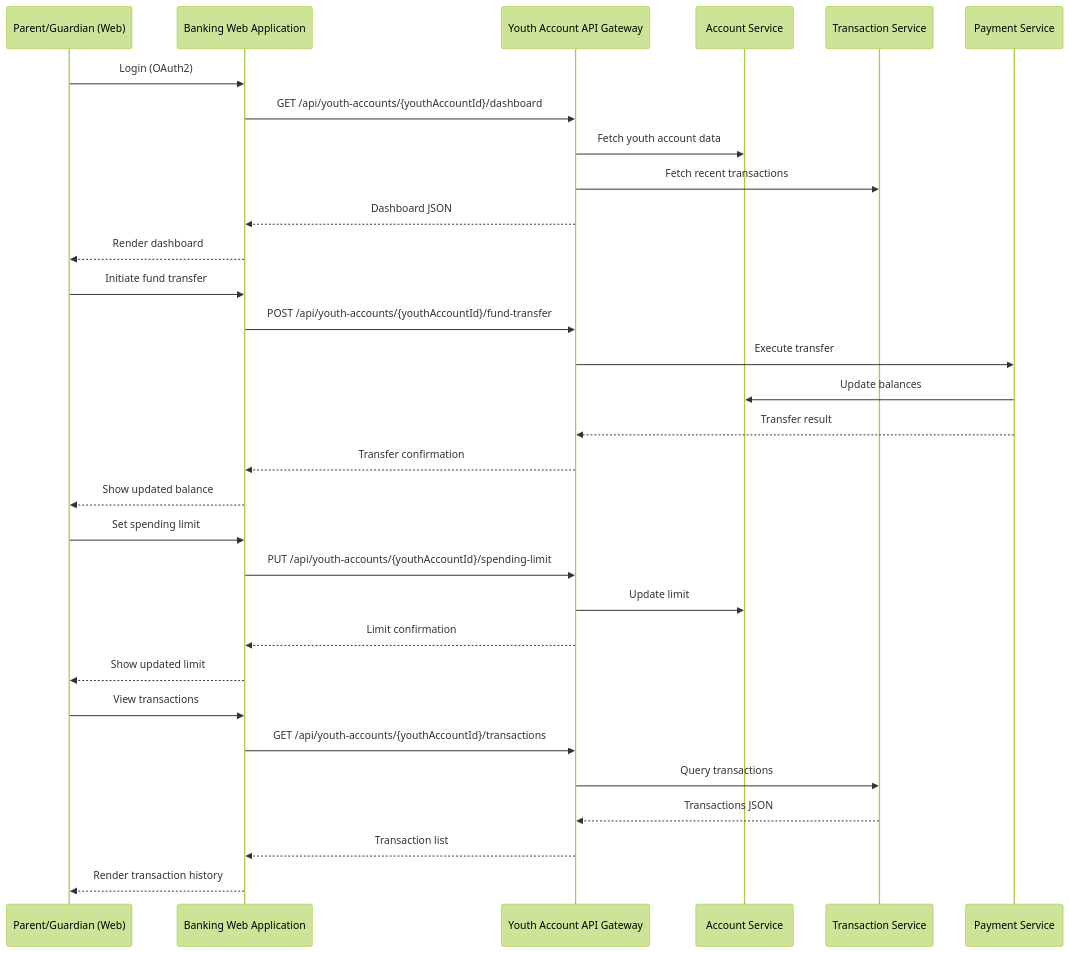
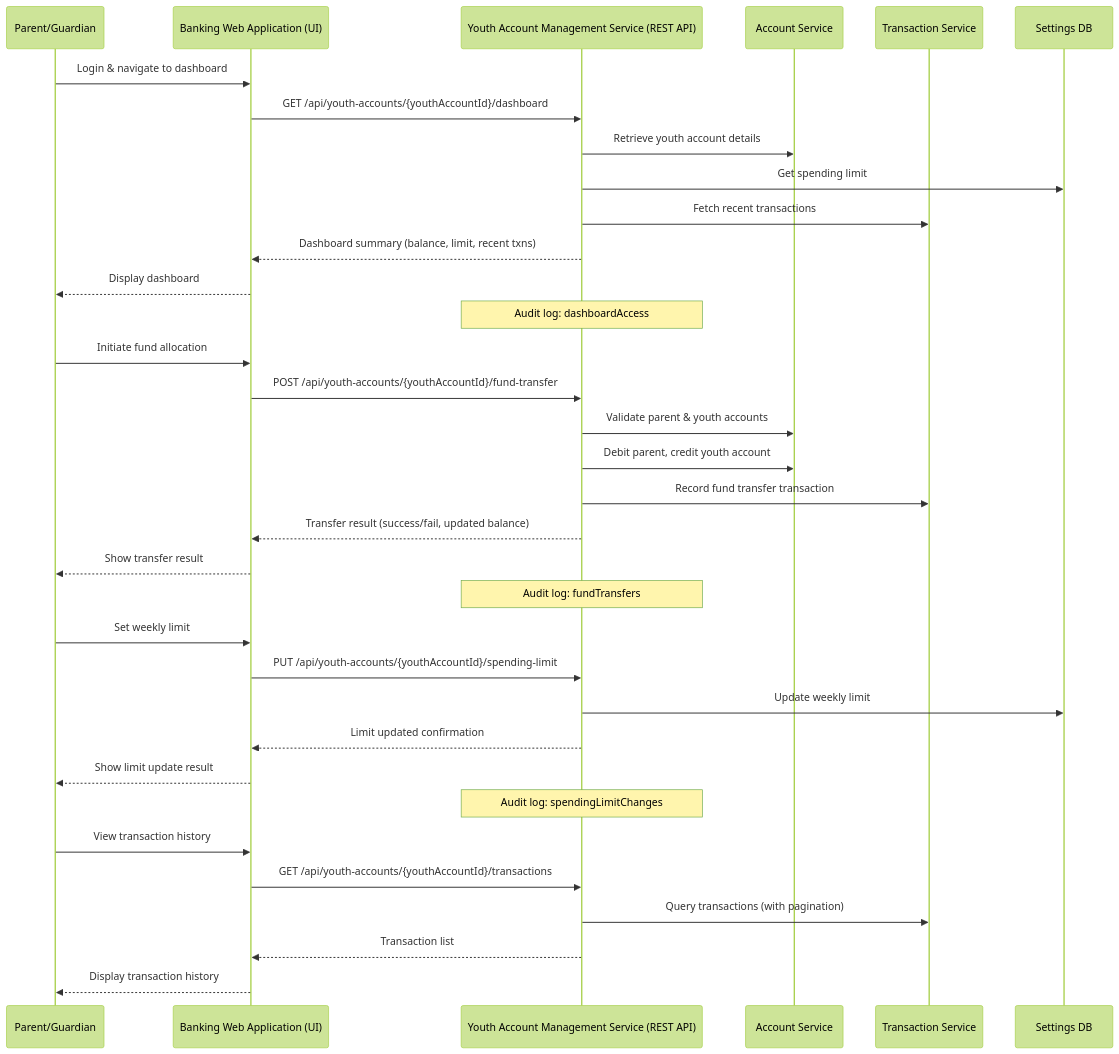
Before and after one commit to Ascend-Krithi/SCIB-Inception: the diagram in Components and Sequence Diagrams/sequence_diagram.mmd, drawn with Mermaid (forest theme). The commit also changed 1 other file, not shown here.

```diff
--- a/Components and Sequence Diagrams/sequence_diagram.mmd
+++ b/Components and Sequence Diagrams/sequence_diagram.mmd
@@ -1,40 +1,43 @@
-%% Sequence Diagram: Parent manages youth account (Mermaid)
+%% Youth Account Management - Main User Flows
 sequenceDiagram
-  participant Parent as Parent/Guardian (Web)
-  participant WebApp as Banking Web Application
-  participant API as Youth Account API Gateway
-  participant AccountSvc as Account Service
-  participant TransSvc as Transaction Service
-  participant PaymentSvc as Payment Service
+    participant Parent as Parent/Guardian
+    participant WebApp as Banking Web Application (UI)
+    participant API as Youth Account Management Service (REST API)
+    participant AccountSvc as Account Service
+    participant TxnSvc as Transaction Service
+    participant SettingsDB as Settings DB
 
-  %% Dashboard load
-  Parent->>WebApp: Login (OAuth2)
-  WebApp->>API: GET /api/youth-accounts/{youthAccountId}/dashboard
-  API->>AccountSvc: Fetch youth account data
-  API->>TransSvc: Fetch recent transactions
-  API-->>WebApp: Dashboard JSON
-  WebApp-->>Parent: Render dashboard
+    %% Dashboard Access
+    Parent->>WebApp: Login & navigate to dashboard
+    WebApp->>API: GET /api/youth-accounts/{youthAccountId}/dashboard
+    API->>AccountSvc: Retrieve youth account details
+    API->>SettingsDB: Get spending limit
+    API->>TxnSvc: Fetch recent transactions
+    API-->>WebApp: Dashboard summary (balance, limit, recent txns)
+    WebApp-->>Parent: Display dashboard
+    Note over API: Audit log: dashboardAccess
 
-  %% Fund transfer
-  Parent->>WebApp: Initiate fund transfer
-  WebApp->>API: POST /api/youth-accounts/{youthAccountId}/fund-transfer
-  API->>PaymentSvc: Execute transfer
-  PaymentSvc->>AccountSvc: Update balances
-  PaymentSvc-->>API: Transfer result
-  API-->>WebApp: Transfer confirmation
-  WebApp-->>Parent: Show updated balance
+    %% Fund Transfer
+    Parent->>WebApp: Initiate fund allocation
+    WebApp->>API: POST /api/youth-accounts/{youthAccountId}/fund-transfer
+    API->>AccountSvc: Validate parent & youth accounts
+    API->>AccountSvc: Debit parent, credit youth account
+    API->>TxnSvc: Record fund transfer transaction
+    API-->>WebApp: Transfer result (success/fail, updated balance)
+    WebApp-->>Parent: Show transfer result
+    Note over API: Audit log: fundTransfers
 
-  %% Set spending limit
-  Parent->>WebApp: Set spending limit
-  WebApp->>API: PUT /api/youth-accounts/{youthAccountId}/spending-limit
-  API->>AccountSvc: Update limit
-  API-->>WebApp: Limit confirmation
-  WebApp-->>Parent: Show updated limit
+    %% Set Spending Limit
+    Parent->>WebApp: Set weekly limit
+    WebApp->>API: PUT /api/youth-accounts/{youthAccountId}/spending-limit
+    API->>SettingsDB: Update weekly limit
+    API-->>WebApp: Limit updated confirmation
+    WebApp-->>Parent: Show limit update result
+    Note over API: Audit log: spendingLimitChanges
 
-  %% Fetch transactions
-  Parent->>WebApp: View transactions
-  WebApp->>API: GET /api/youth-accounts/{youthAccountId}/transactions
-  API->>TransSvc: Query transactions
-  TransSvc-->>API: Transactions JSON
-  API-->>WebApp: Transaction list
-  WebApp-->>Parent: Render transaction history
+    %% Transaction History
+    Parent->>WebApp: View transaction history
+    WebApp->>API: GET /api/youth-accounts/{youthAccountId}/transactions
+    API->>TxnSvc: Query transactions (with pagination)
+    API-->>WebApp: Transaction list
+    WebApp-->>Parent: Display transaction history
```
